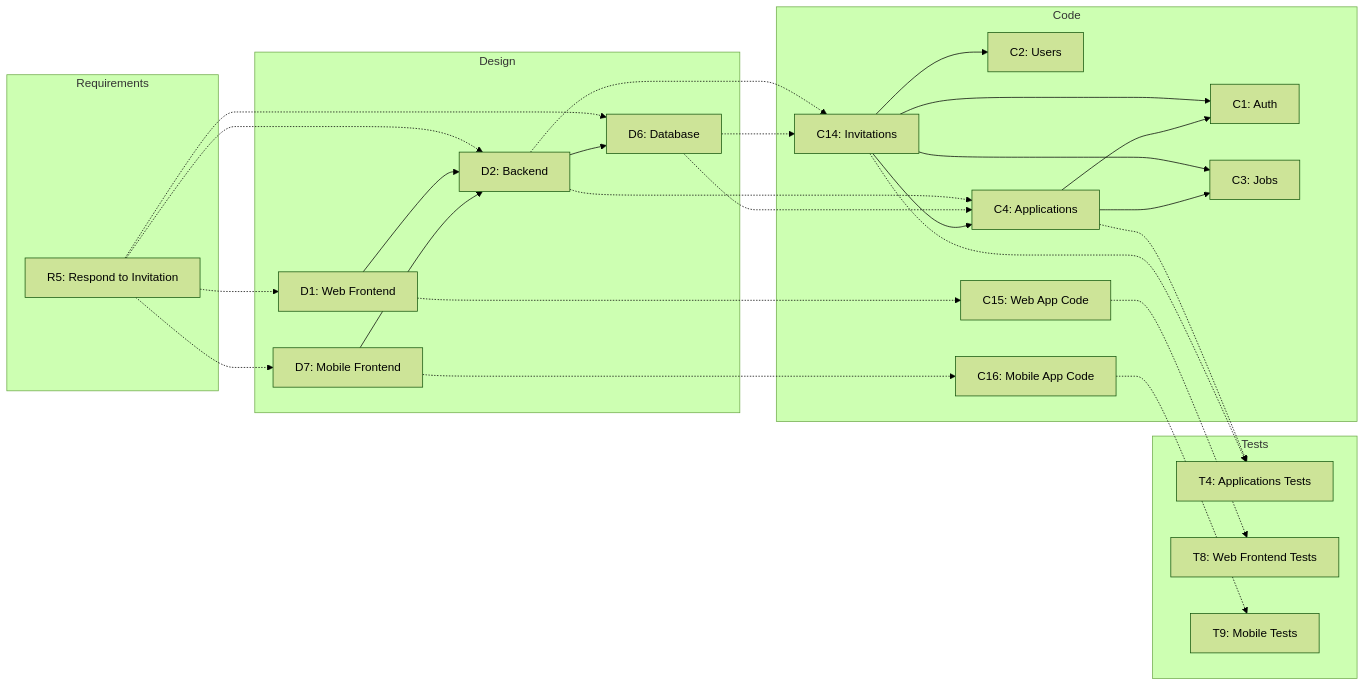
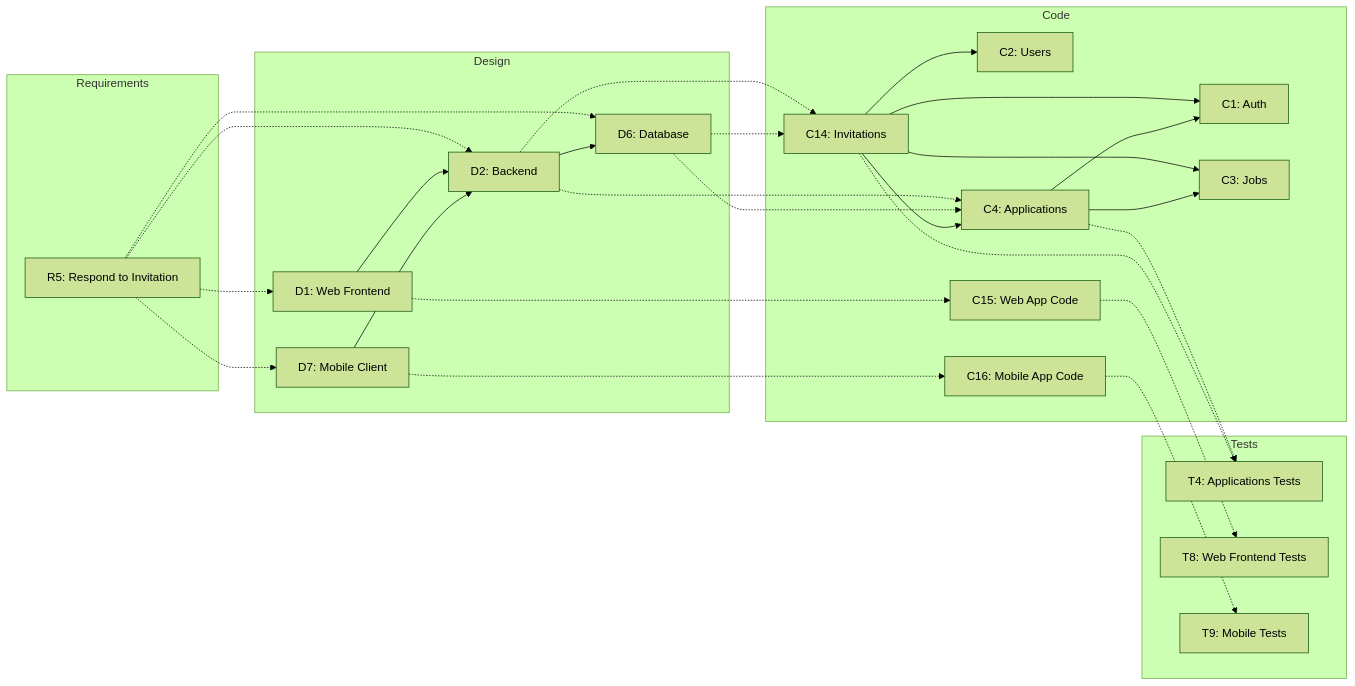
One commit to kunruethaipat/2025-ITCS383-Chongyai changed the sixth of 8 diagrams in D4_IMPACT_ANALYSIS.MD. Above: the diagram before and after it, drawn with Mermaid (forest theme). The commit also changed other lines of this file, not shown here.

````diff
--- a/D4_IMPACT_ANALYSIS.MD
+++ b/D4_IMPACT_ANALYSIS.MD
@@ -524,58 +517,58 @@
 ```mermaid
 graph LR
-
+ 
 subgraph Requirements
 R5[R5: Respond to Invitation]
 end
-
+ 
 subgraph Design
 D1[D1: Web Frontend]
 D2[D2: Backend]
 D6[D6: Database]
-D7[D7: Mobile Frontend]
+D7[D7: Mobile Client]
 end
-
+ 
 subgraph Code
 C1[C1: Auth]
 C2[C2: Users]
 C3[C3: Jobs]
 C4[C4: Applications]
 C14[C14: Invitations]
 C15[C15: Web App Code]
 C16[C16: Mobile App Code]
 end
-
+ 
 subgraph Tests
 T4[T4: Applications Tests]
 T8[T8: Web Frontend Tests]
 T9[T9: Mobile Tests]
 end
-
+ 
 R5 -.-> D1
 R5 -.-> D2
 R5 -.-> D6
 R5 -.-> D7
-
+ 
 D1 --> D2
 D7 --> D2
 D2 --> D6
-
+ 
 D2 -.-> C14
 D2 -.-> C4
 D6 -.-> C14
 D6 -.-> C4
 D1 -.-> C15
 D7 -.-> C16
-
+ 
 C14 --> C1
 C14 --> C2
 C14 --> C3
 C14 --> C4
 C4 --> C1
 C4 --> C3
-
+ 
 C4 -.-> T4
 C14 -.-> T4
 C15 -.-> T8
 C16 -.-> T9
 ```
````
